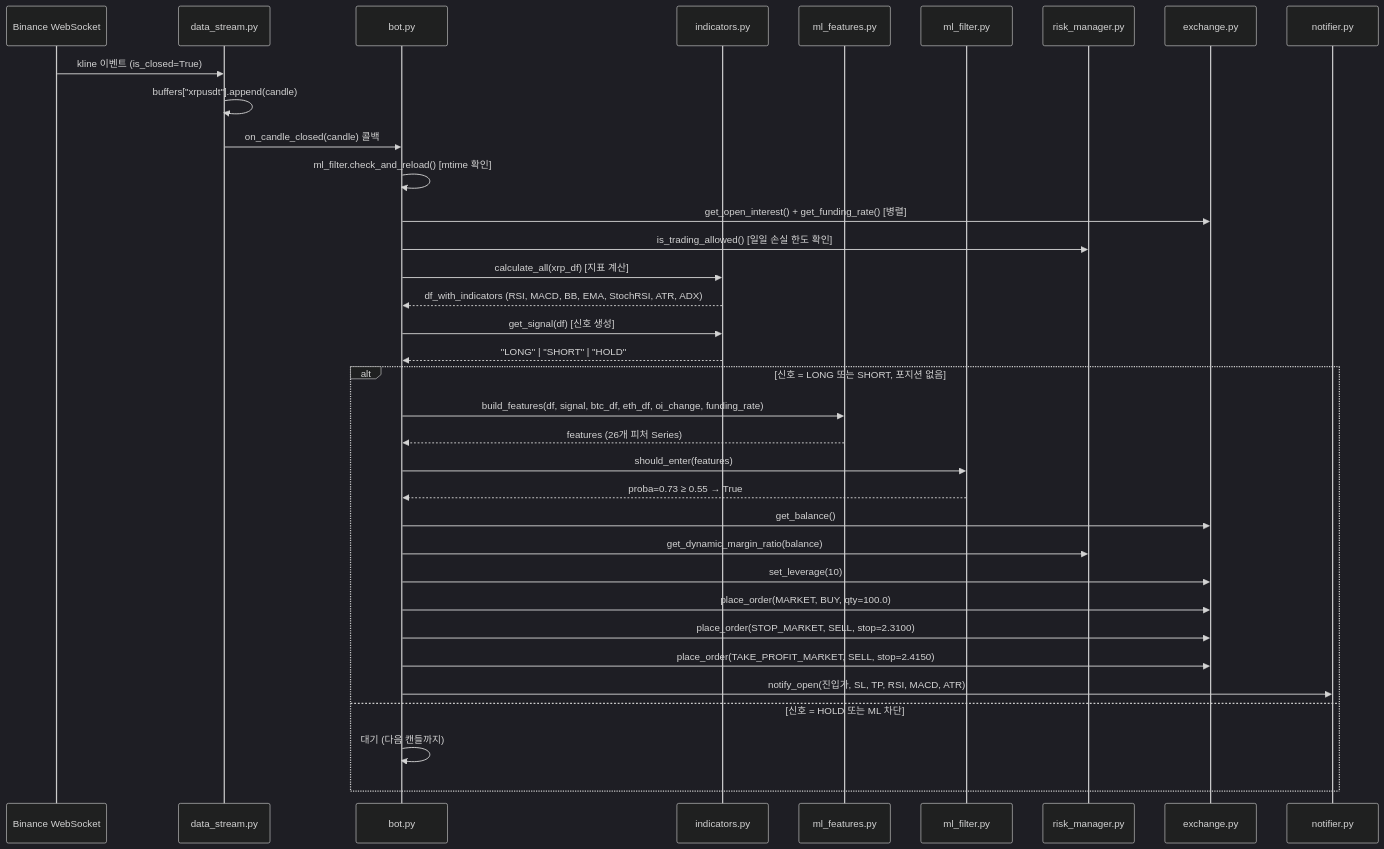
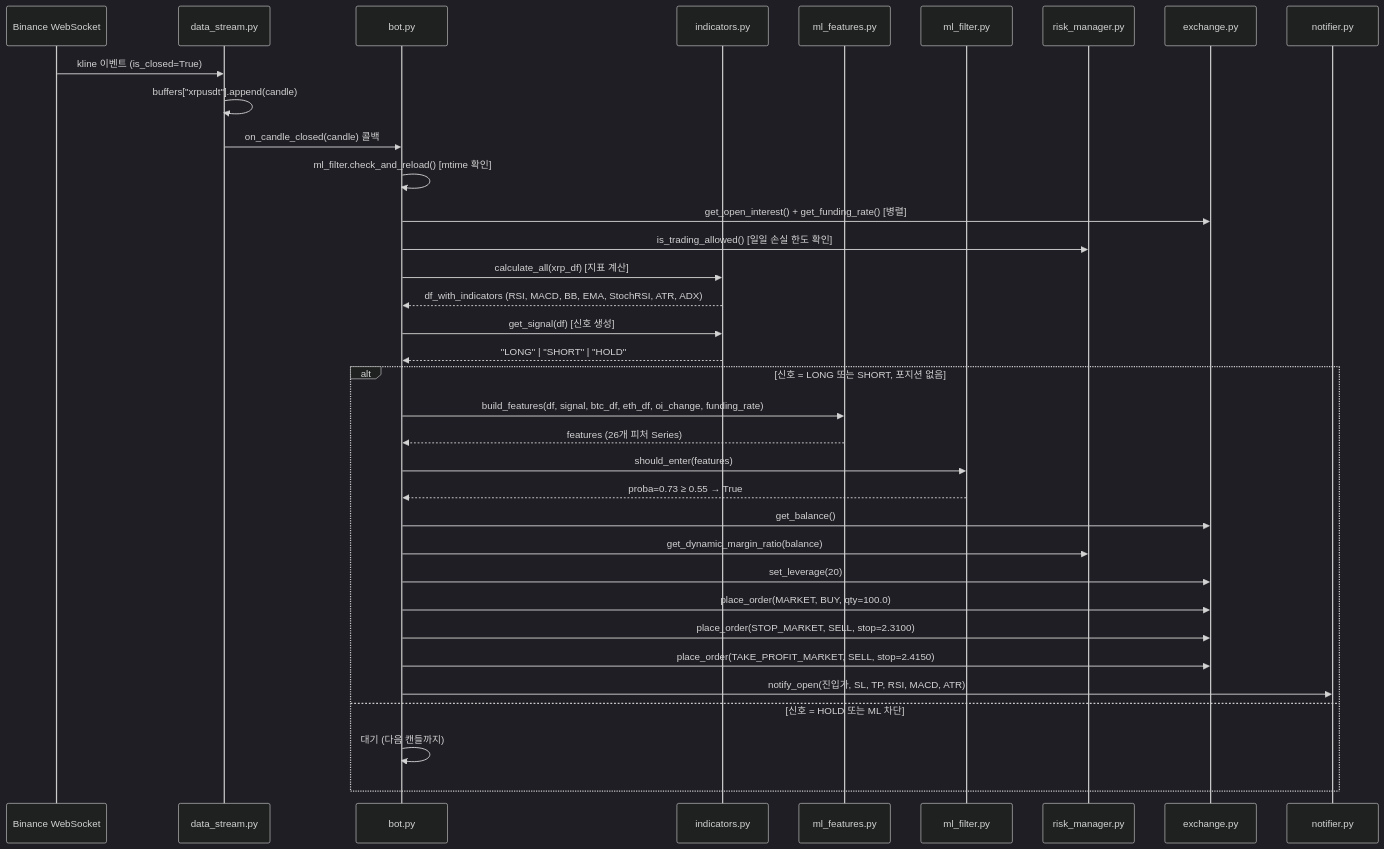
Before and after one commit to 21in7/cointrader: the third of 4 diagrams in ARCHITECTURE.md, drawn with Mermaid (dark theme). The commit also changed other lines of this file, not shown here.

First line of the commit message:
docs: sync ARCHITECTURE.md with current codebase

````diff
--- a/ARCHITECTURE.md
+++ b/ARCHITECTURE.md
@@ -573,43 +573,43 @@
 ```mermaid
 sequenceDiagram
     participant WS as Binance WebSocket
     participant DS as data_stream.py
     participant BOT as bot.py
     participant IND as indicators.py
     participant MF as ml_features.py
     participant ML as ml_filter.py
     participant RM as risk_manager.py
     participant EX as exchange.py
     participant NT as notifier.py
 
     WS->>DS: kline 이벤트 (is_closed=True)
     DS->>DS: buffers["xrpusdt"].append(candle)
     DS->>BOT: on_candle_closed(candle) 콜백
 
     BOT->>BOT: ml_filter.check_and_reload() [mtime 확인]
     BOT->>EX: get_open_interest() + get_funding_rate() [병렬]
     BOT->>RM: is_trading_allowed() [일일 손실 한도 확인]
 
     BOT->>IND: calculate_all(xrp_df) [지표 계산]
     IND-->>BOT: df_with_indicators (RSI, MACD, BB, EMA, StochRSI, ATR, ADX)
     BOT->>IND: get_signal(df) [신호 생성]
     IND-->>BOT: "LONG" | "SHORT" | "HOLD"
 
     alt 신호 = LONG 또는 SHORT, 포지션 없음
         BOT->>MF: build_features(df, signal, btc_df, eth_df, oi_change, funding_rate)
         MF-->>BOT: features (26개 피처 Series)
         BOT->>ML: should_enter(features)
         ML-->>BOT: proba=0.73 ≥ 0.55 → True
 
         BOT->>EX: get_balance()
         BOT->>RM: get_dynamic_margin_ratio(balance)
-        BOT->>EX: set_leverage(10)
+        BOT->>EX: set_leverage(20)
         BOT->>EX: place_order(MARKET, BUY, qty=100.0)
         BOT->>EX: place_order(STOP_MARKET, SELL, stop=2.3100)
         BOT->>EX: place_order(TAKE_PROFIT_MARKET, SELL, stop=2.4150)
         BOT->>NT: notify_open(진입가, SL, TP, RSI, MACD, ATR)
 
     else 신호 = HOLD 또는 ML 차단
         BOT->>BOT: 대기 (다음 캔들까지)
     end
 ```
````
